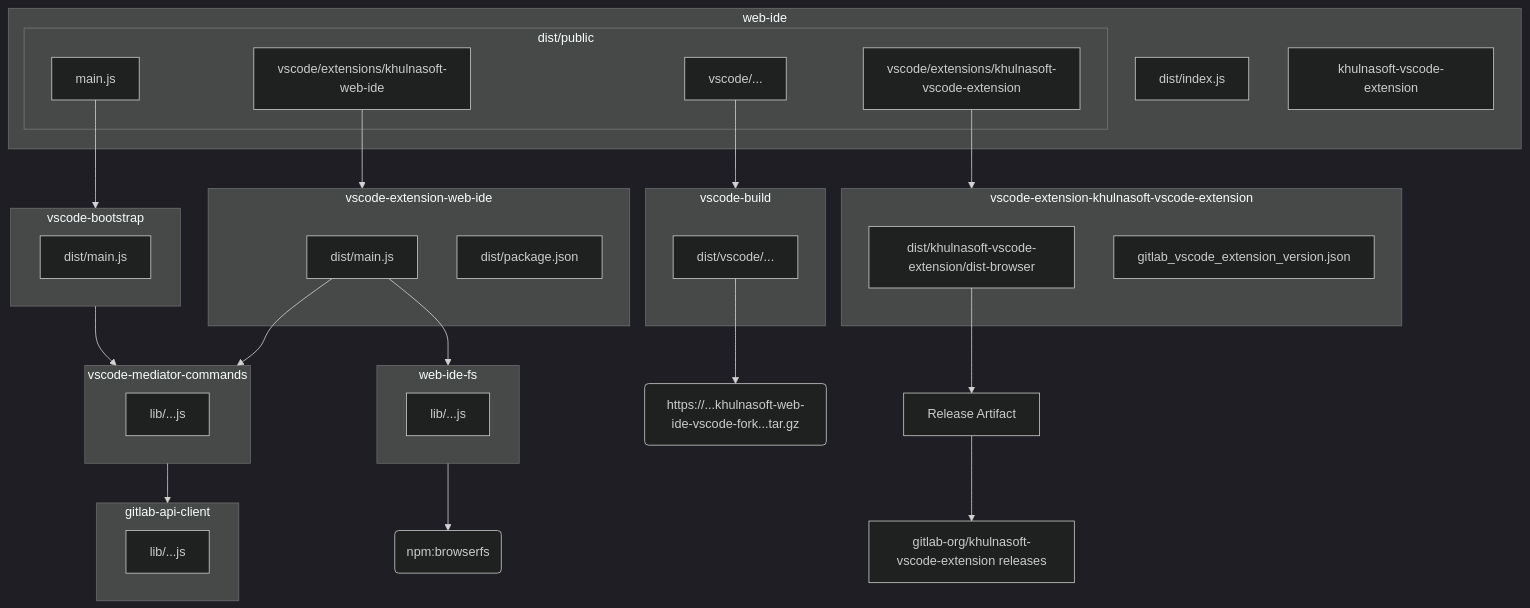
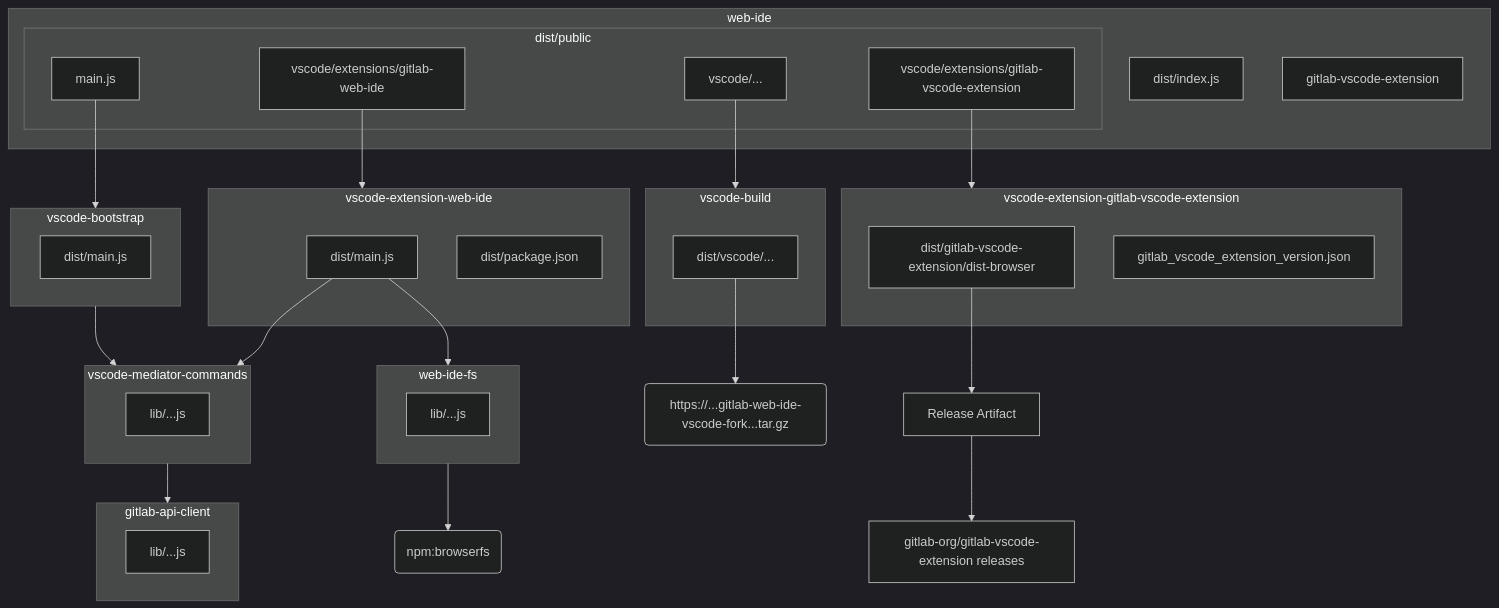
Before and after one commit to khulnasoft-bot/web-ide: the diagram in docs/development/architecture-packages.md, drawn with Mermaid (dark theme). The commit also changed other lines of this file and 385 other files, not shown here.

````diff
--- a/docs/development/architecture-packages.md
+++ b/docs/development/architecture-packages.md
@@ -9,56 +9,56 @@
 ```mermaid
 flowchart TD
   subgraph gitlab-api-client
       gitlab-api-clientA[lib/...js]
   end
 
   subgraph web-ide-fs
       web-ide-fsA[lib/...js]
   end
   web-ide-fs --> browserfs(npm:browserfs)
 
   subgraph vscode-build
       vscode-buildA[dist/vscode/...]
   end
-  vscode-buildA --> khulnasoft-web-ide-vscode-fork(https://...khulnasoft-web-ide-vscode-fork...tar.gz)
+  vscode-buildA --> gitlab-web-ide-vscode-fork(https://...gitlab-web-ide-vscode-fork...tar.gz)
 
   subgraph vscode-mediator-commands
       vscode-mediator-commandsA[lib/...js]
   end
   vscode-mediator-commands --> gitlab-api-client
 
   subgraph vscode-extension-web-ide
       vscode-extension-web-ideA[dist/main.js]
       vscode-extension-web-ideB[dist/package.json]
   end
   vscode-extension-web-ideA --> web-ide-fs
   vscode-extension-web-ideA --> vscode-mediator-commands
 
-  subgraph vscode-extension-khulnasoft-vscode-extension
-      vscode-extension-khulnasoft-vscode-extensionA[dist/khulnasoft-vscode-extension/dist-browser]
-      vscode-extension-khulnasoft-vscode-extensionB[gitlab_vscode_extension_version.json]
+  subgraph vscode-extension-gitlab-vscode-extension
+      vscode-extension-gitlab-vscode-extensionA[dist/gitlab-vscode-extension/dist-browser]
+      vscode-extension-gitlab-vscode-extensionB[gitlab_vscode_extension_version.json]
   end
-  vscode-extension-khulnasoft-vscode-extensionA --> ExtArtifact[Release Artifact]
-  ExtArtifact --> khulnasoft-vscode-extension_repo[gitlab-org/khulnasoft-vscode-extension releases]
+  vscode-extension-gitlab-vscode-extensionA --> ExtArtifact[Release Artifact]
+  ExtArtifact --> gitlab-vscode-extension_repo[gitlab-org/gitlab-vscode-extension releases]
 
   subgraph vscode-bootstrap
       vscode-bootstrapA[dist/main.js]
   end
   vscode-bootstrap --> vscode-mediator-commands
 
   subgraph web-ide [web-ide]
       web-ideA[dist/index.js]
-      khulnasoft-vscode-extension[khulnasoft-vscode-extension]
+      gitlab-vscode-extension[gitlab-vscode-extension]
 
       subgraph web-ide-public[dist/public]
           web-ide-publicA[main.js]
           web-ide-publicB[vscode/...]
-          web-ide-publicC[vscode/extensions/khulnasoft-web-ide]
-          web-ide-publicD[vscode/extensions/khulnasoft-vscode-extension]
+          web-ide-publicC[vscode/extensions/gitlab-web-ide]
+          web-ide-publicD[vscode/extensions/gitlab-vscode-extension]
       end
   end
   web-ide-publicA --> vscode-bootstrap
   web-ide-publicB --> vscode-build
   web-ide-publicC --> vscode-extension-web-ide
-  web-ide-publicD --> vscode-extension-khulnasoft-vscode-extension
+  web-ide-publicD --> vscode-extension-gitlab-vscode-extension
 ```
````
